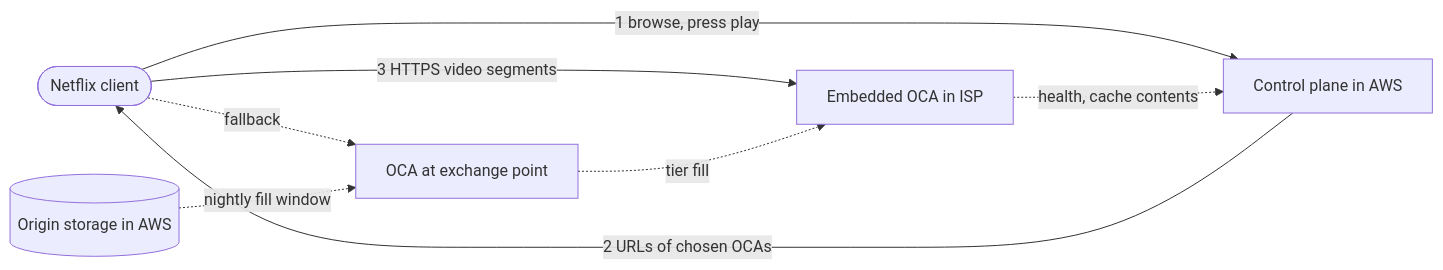
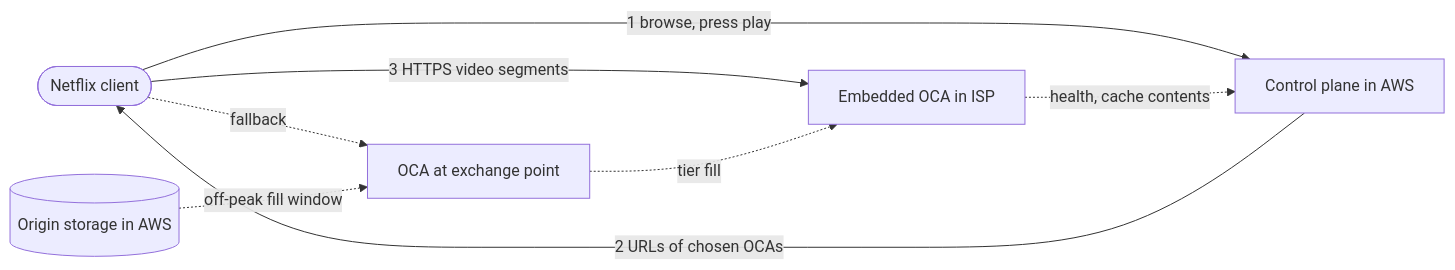
Before and after one commit to Sampath1-1-1/System-Design: the tenth of 10 diagrams in manuscript/book1-traditional/21-content-delivery-networks.md, drawn with Mermaid. The commit also changed other lines of this file and 5 other files, not shown here.

````diff
--- a/manuscript/book1-traditional/21-content-delivery-networks.md
+++ b/manuscript/book1-traditional/21-content-delivery-networks.md
@@ -1006,10 +1006,10 @@
 ```mermaid
 flowchart LR
   C([Netflix client]) -->|1 browse, press play| AWS[Control plane in AWS]
   AWS -->|2 URLs of chosen OCAs| C
   C -->|3 HTTPS video segments| OCA1[Embedded OCA in ISP]
   C -.->|fallback| OCA2[OCA at exchange point]
-  S3[(Origin storage in AWS)] -.->|nightly fill window| OCA2
+  S3[(Origin storage in AWS)] -.->|off-peak fill window| OCA2
   OCA2 -.->|tier fill| OCA1
   OCA1 -.->|health, cache contents| AWS
 ```
````
